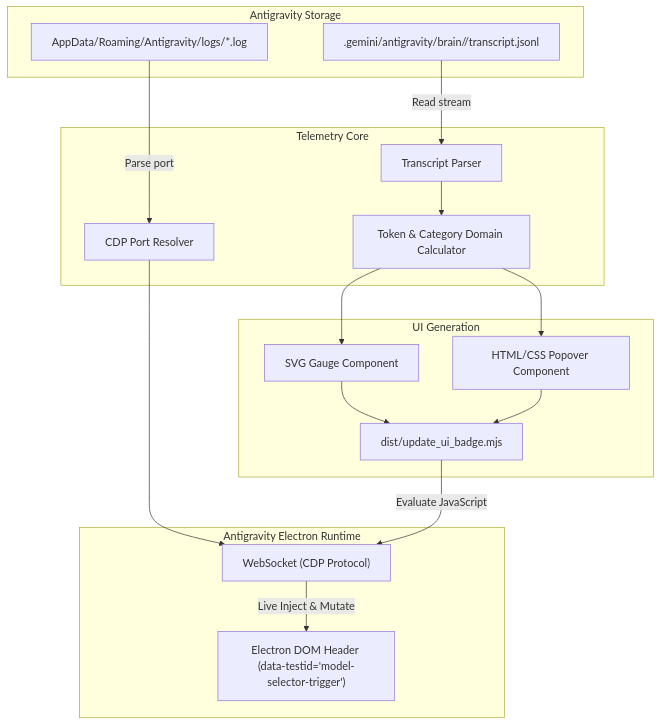
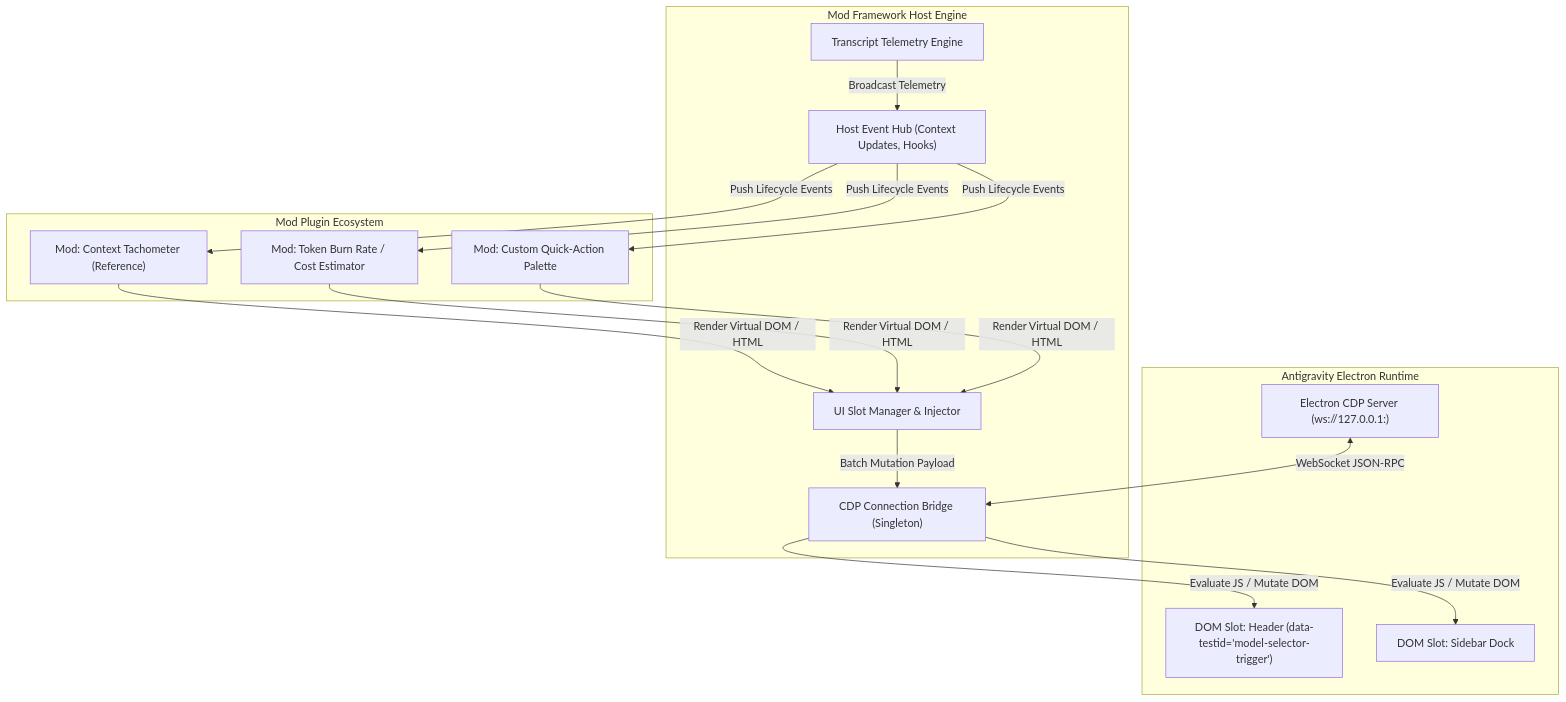
One commit to NezerkC/mods-antigravity2.0 changed the diagram in PLAN.md. Above: the diagram before and after it, drawn with Mermaid. The commit also changed other lines of this file and 7 other files, not shown here.

Commit message:
feat(core): decouple cdp port resolver, websocket client and slot manager with tdd

````diff
--- a/PLAN.md
+++ b/PLAN.md
@@ -50,35 +41,35 @@
 ```mermaid
 flowchart TD
-    subgraph Antigravity Storage
-        Brain[".gemini/antigravity/brain/<id>/transcript.jsonl"]
-        Logs["AppData/Roaming/Antigravity/logs/*.log"]
+    subgraph Antigravity Electron Runtime
+        CDP_Server["Electron CDP Server (ws://127.0.0.1:<port>)"]
+        HeaderDOM["DOM Slot: Header (data-testid='model-selector-trigger')"]
+        SidebarDOM["DOM Slot: Sidebar Dock"]
     end
 
-    subgraph Telemetry Core
-        LogParser["CDP Port Resolver"]
-        TranscriptReader["Transcript Parser"]
-        MetricsDomain["Token & Category Domain Calculator"]
+    subgraph Mod Framework Host Engine
+        Bridge["CDP Connection Bridge (Singleton)"]
+        SlotManager["UI Slot Manager & Injector"]
+        EventHub["Host Event Hub (Context Updates, Hooks)"]
+        TelemetryService["Transcript Telemetry Engine"]
     end
 
-    subgraph UI Generation
-        GaugeComponent["SVG Gauge Component"]
-        PopoverComponent["HTML/CSS Popover Component"]
-        Bundle["dist/update_ui_badge.mjs"]
+    subgraph Mod Plugin Ecosystem
+        ModA["Mod: Context Tachometer (Reference)"]
+        ModB["Mod: Token Burn Rate / Cost Estimator"]
+        ModC["Mod: Custom Quick-Action Palette"]
     end
 
-    subgraph Antigravity Electron Runtime
-        WS["WebSocket (CDP Protocol)"]
-        DOM["Electron DOM Header (data-testid='model-selector-trigger')"]
-    end
+    CDP_Server <-->|WebSocket JSON-RPC| Bridge
+    TelemetryService -->|Broadcast Telemetry| EventHub
+    EventHub -->|Push Lifecycle Events| ModA
+    EventHub -->|Push Lifecycle Events| ModB
+    EventHub -->|Push Lifecycle Events| ModC
 
-    Logs -->|Parse port| LogParser
-    Brain -->|Read stream| TranscriptReader
-    TranscriptReader --> MetricsDomain
-    MetricsDomain --> GaugeComponent
-    MetricsDomain --> PopoverComponent
-    LogParser --> WS
-    GaugeComponent --> Bundle
-    PopoverComponent --> Bundle
-    Bundle -->|Evaluate JavaScript| WS
-    WS -->|Live Inject & Mutate| DOM
+    ModA -->|Render Virtual DOM / HTML| SlotManager
+    ModB -->|Render Virtual DOM / HTML| SlotManager
+    ModC -->|Render Virtual DOM / HTML| SlotManager
+
+    SlotManager -->|Batch Mutation Payload| Bridge
+    Bridge -->|Evaluate JS / Mutate DOM| HeaderDOM
+    Bridge -->|Evaluate JS / Mutate DOM| SidebarDOM
 ```
````
